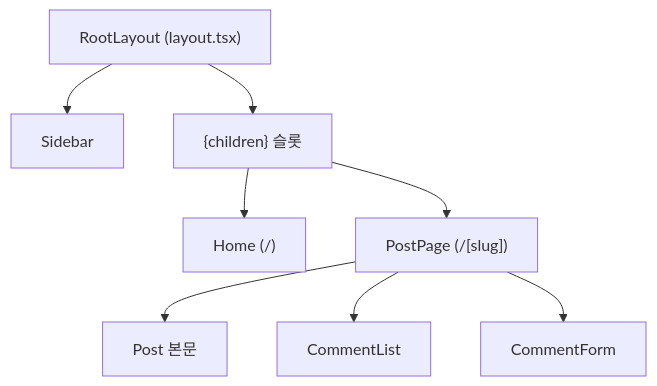
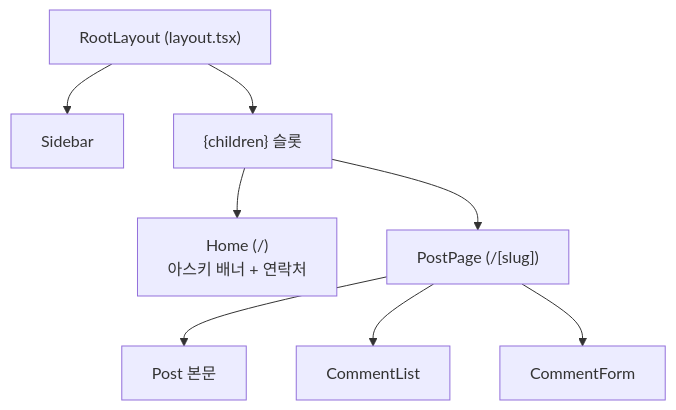
The eighth of 13 diagrams in docs/architecture.md (jeongho3786/myblog), drawn with Mermaid before and after one commit. The commit also changed other lines of this file and 4 other files, not shown here.

````diff
--- a/docs/architecture.md
+++ b/docs/architecture.md
@@ -114,10 +113,10 @@
 ```mermaid
 flowchart TD
     Root["RootLayout (layout.tsx)"] --> SB["Sidebar"]
     Root --> Slot["{children} 슬롯"]
-    Slot --> Home["Home (/)"]
+    Slot --> Home["Home (/)<br/>아스키 배너 + 연락처"]
     Slot --> Post["PostPage (/[slug])"]
     Post --> Body["Post 본문"]
     Post --> CL["CommentList"]
     Post --> CF["CommentForm"]
 ```
````
